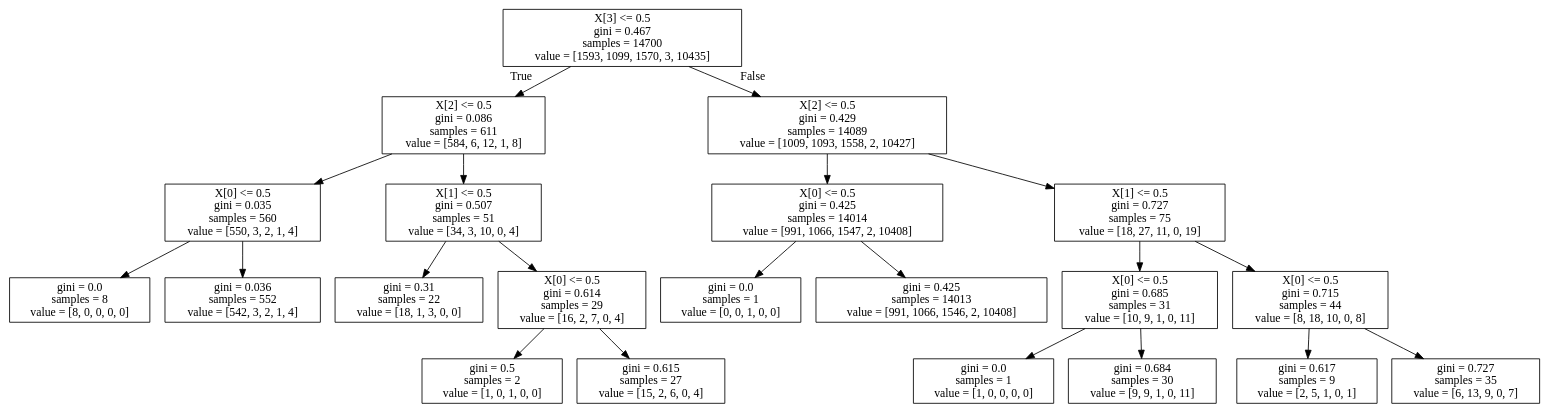
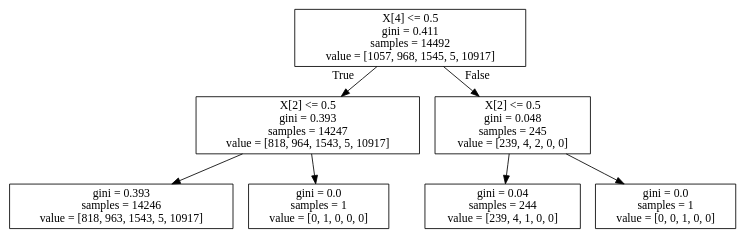
One commit to jesbu1/viper changed the diagram in data/karel/ppo/0000r0+env_task=topOff+max_depth=15+n_batch_rollou=10+max_samples=100000+max_iters=80+train_frac=0.8+is_reweight=False0.750.75/dt_policy.dot. Above: the diagram before and after it, drawn with Graphviz. The commit also changed 17 other files, not shown here.

```diff
--- a/data/karel/ppo/0000r0+env_task=topOff+max_depth=15+n_batch_rollou=10+max_samples=100000+max_iters=80+train_frac=0.8+is_reweight=False0.750.75/dt_policy.dot
+++ b/data/karel/ppo/0000r0+env_task=topOff+max_depth=15+n_batch_rollou=10+max_samples=100000+max_iters=80+train_frac=0.8+is_reweight=False0.750.75/dt_policy.dot
@@ -1,44 +1,16 @@
 digraph Tree {
 node [shape=box] ;
-0 [label="X[3] <= 0.5\ngini = 0.467\nsamples = 14700\nvalue = [1593, 1099, 1570, 3, 10435]"] ;
-1 [label="X[2] <= 0.5\ngini = 0.086\nsamples = 611\nvalue = [584, 6, 12, 1, 8]"] ;
+0 [label="X[4] <= 0.5\ngini = 0.411\nsamples = 14492\nvalue = [1057, 968, 1545, 5, 10917]"] ;
+1 [label="X[2] <= 0.5\ngini = 0.393\nsamples = 14247\nvalue = [818, 964, 1543, 5, 10917]"] ;
 0 -> 1 [labeldistance=2.5, labelangle=45, headlabel="True"] ;
-2 [label="X[0] <= 0.5\ngini = 0.035\nsamples = 560\nvalue = [550, 3, 2, 1, 4]"] ;
+2 [label="gini = 0.393\nsamples = 14246\nvalue = [818, 963, 1543, 5, 10917]"] ;
 1 -> 2 ;
-3 [label="gini = 0.0\nsamples = 8\nvalue = [8, 0, 0, 0, 0]"] ;
-2 -> 3 ;
-4 [label="gini = 0.036\nsamples = 552\nvalue = [542, 3, 2, 1, 4]"] ;
-2 -> 4 ;
-5 [label="X[1] <= 0.5\ngini = 0.507\nsamples = 51\nvalue = [34, 3, 10, 0, 4]"] ;
-1 -> 5 ;
-6 [label="gini = 0.31\nsamples = 22\nvalue = [18, 1, 3, 0, 0]"] ;
-5 -> 6 ;
-7 [label="X[0] <= 0.5\ngini = 0.614\nsamples = 29\nvalue = [16, 2, 7, 0, 4]"] ;
-5 -> 7 ;
-8 [label="gini = 0.5\nsamples = 2\nvalue = [1, 0, 1, 0, 0]"] ;
-7 -> 8 ;
-9 [label="gini = 0.615\nsamples = 27\nvalue = [15, 2, 6, 0, 4]"] ;
-7 -> 9 ;
-10 [label="X[2] <= 0.5\ngini = 0.429\nsamples = 14089\nvalue = [1009, 1093, 1558, 2, 10427]"] ;
-0 -> 10 [labeldistance=2.5, labelangle=-45, headlabel="False"] ;
-11 [label="X[0] <= 0.5\ngini = 0.425\nsamples = 14014\nvalue = [991, 1066, 1547, 2, 10408]"] ;
-10 -> 11 ;
-12 [label="gini = 0.0\nsamples = 1\nvalue = [0, 0, 1, 0, 0]"] ;
-11 -> 12 ;
-13 [label="gini = 0.425\nsamples = 14013\nvalue = [991, 1066, 1546, 2, 10408]"] ;
-11 -> 13 ;
-14 [label="X[1] <= 0.5\ngini = 0.727\nsamples = 75\nvalue = [18, 27, 11, 0, 19]"] ;
-10 -> 14 ;
-15 [label="X[0] <= 0.5\ngini = 0.685\nsamples = 31\nvalue = [10, 9, 1, 0, 11]"] ;
-14 -> 15 ;
-16 [label="gini = 0.0\nsamples = 1\nvalue = [1, 0, 0, 0, 0]"] ;
-15 -> 16 ;
-17 [label="gini = 0.684\nsamples = 30\nvalue = [9, 9, 1, 0, 11]"] ;
-15 -> 17 ;
-18 [label="X[0] <= 0.5\ngini = 0.715\nsamples = 44\nvalue = [8, 18, 10, 0, 8]"] ;
-14 -> 18 ;
-19 [label="gini = 0.617\nsamples = 9\nvalue = [2, 5, 1, 0, 1]"] ;
-18 -> 19 ;
-20 [label="gini = 0.727\nsamples = 35\nvalue = [6, 13, 9, 0, 7]"] ;
-18 -> 20 ;
+3 [label="gini = 0.0\nsamples = 1\nvalue = [0, 1, 0, 0, 0]"] ;
+1 -> 3 ;
+4 [label="X[2] <= 0.5\ngini = 0.048\nsamples = 245\nvalue = [239, 4, 2, 0, 0]"] ;
+0 -> 4 [labeldistance=2.5, labelangle=-45, headlabel="False"] ;
+5 [label="gini = 0.04\nsamples = 244\nvalue = [239, 4, 1, 0, 0]"] ;
+4 -> 5 ;
+6 [label="gini = 0.0\nsamples = 1\nvalue = [0, 0, 1, 0, 0]"] ;
+4 -> 6 ;
 }
```
